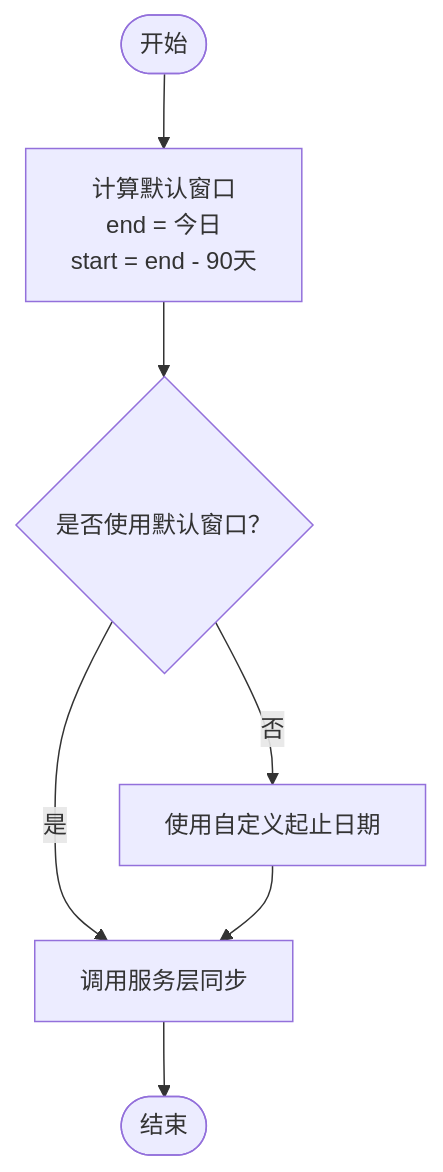
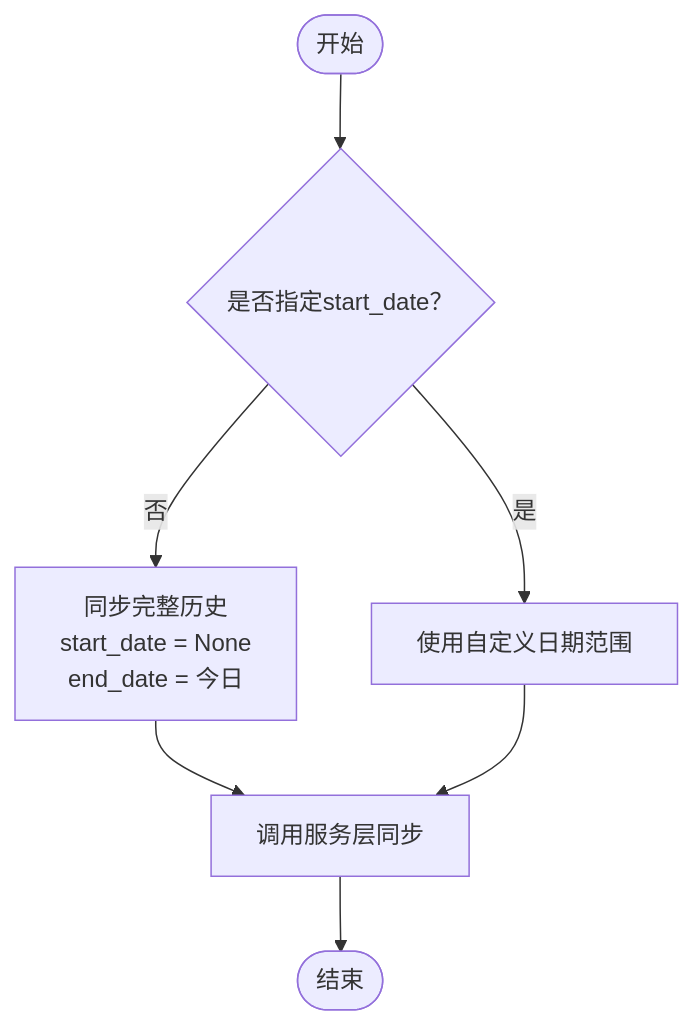
Before and after one commit to gujialind/InvestRing: the third of 8 diagrams in .qoder/repowiki/zh/content/数据同步系统/历史数据回补.md, drawn with Mermaid. The commit also changed other lines of this file and 39 other files, not shown here.

````diff
--- a/.qoder/repowiki/zh/content/数据同步系统/历史数据回补.md
+++ b/.qoder/repowiki/zh/content/数据同步系统/历史数据回补.md
@@ -124,9 +148,9 @@
 ```mermaid
 flowchart TD
-Start(["开始"]) --> CalcDefault["计算默认窗口<br/>end = 今日<br/>start = end - 90天"]
-CalcDefault --> UseDefault{"是否使用默认窗口？"}
-UseDefault --> |是| CallSvc["调用服务层同步"]
-UseDefault --> |否| UseCustom["使用自定义起止日期"]
-UseCustom --> CallSvc
+Start(["开始"]) --> CheckStart{"是否指定start_date？"}
+CheckStart --> |否| CompleteHistory["同步完整历史<br/>start_date = None<br/>end_date = 今日"]
+CheckStart --> |是| CustomRange["使用自定义日期范围"]
+CompleteHistory --> CallSvc["调用服务层同步"]
+CustomRange --> CallSvc
 CallSvc --> End(["结束"])
 ```
````
